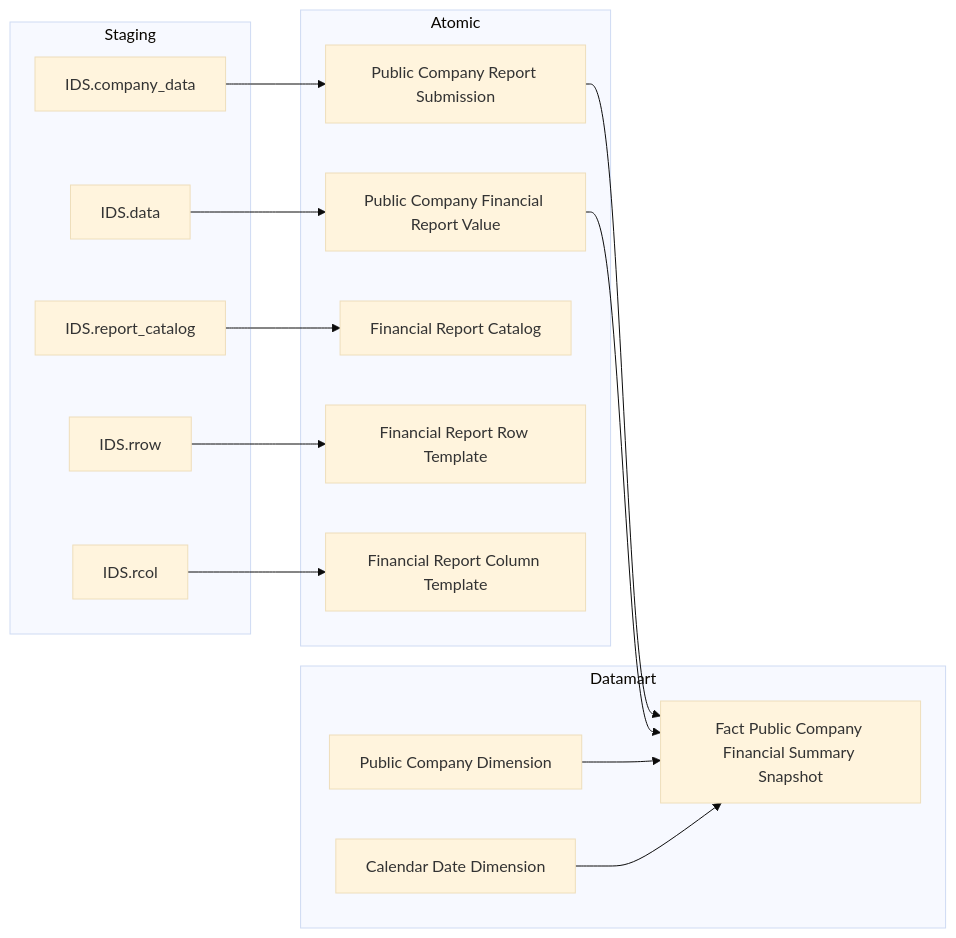
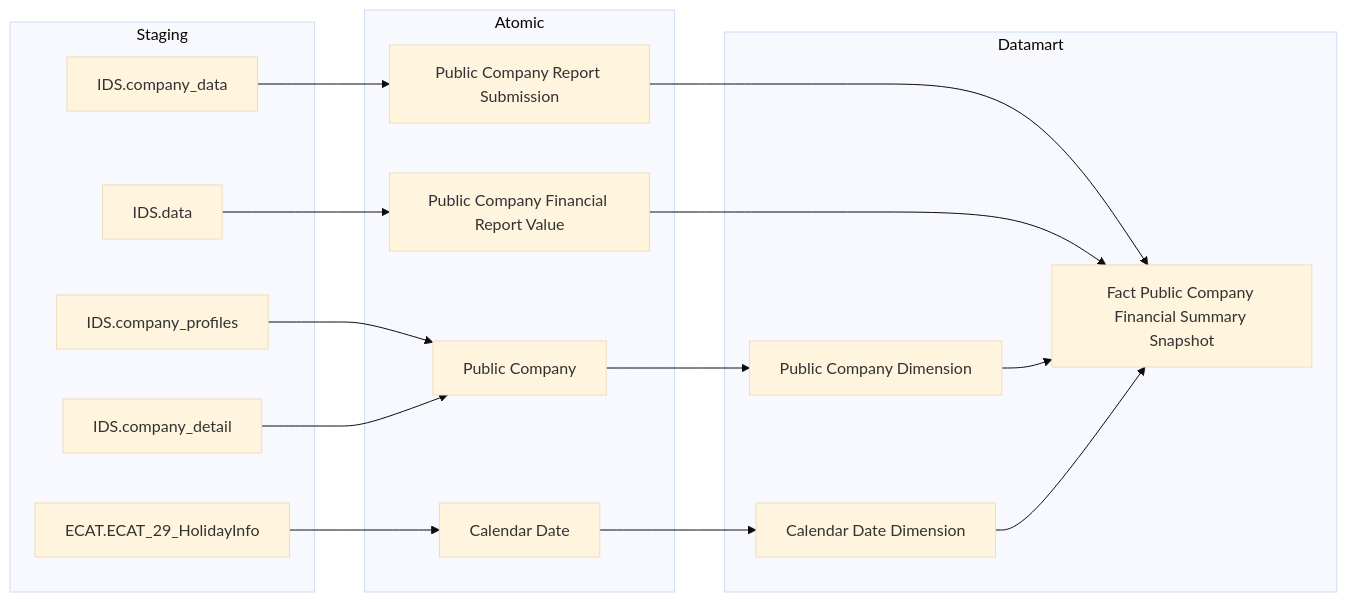
The second of 14 diagrams in Datamart/hld/DTM_GSDC_HLD.md (linhlvit/ubck_atomic_design), drawn with Mermaid (base theme) before and after one commit. The commit also changed other lines of this file and 12 other files, not shown here.

````diff
--- a/Datamart/hld/DTM_GSDC_HLD.md
+++ b/Datamart/hld/DTM_GSDC_HLD.md
@@ -43,31 +43,32 @@
 ```mermaid
 flowchart LR
     subgraph SRC["Staging"]
-        S3[IDS.company_data]
-        S4[IDS.data]
-        S5[IDS.report_catalog]
-        S6[IDS.rrow]
-        S7[IDS.rcol]
+        IDS_company_profiles["IDS.company_profiles"]
+        IDS_company_detail["IDS.company_detail"]
+        IDS_company_data["IDS.company_data"]
+        IDS_data["IDS.data"]
+        ECAT_ECAT_29_HolidayInfo["ECAT.ECAT_29_HolidayInfo"]
     end
     subgraph SIL["Atomic"]
-        A2[Public Company Report Submission]
-        A3[Public Company Financial Report Value]
-        A4[Financial Report Catalog]
-        A5[Financial Report Row Template]
-        A6[Financial Report Column Template]
+        Public_Company["Public Company"]
+        Public_Company_Report_Submission["Public Company Report Submission"]
+        Public_Company_Financial_Report_Value["Public Company Financial Report Value"]
+        Calendar_Date["Calendar Date"]
     end
     subgraph GOLD["Datamart"]
-        D2[Fact Public Company Financial Summary Snapshot]
-        D1[Public Company Dimension]
-        D8[Calendar Date Dimension]
+        fct_pblc_co_fnc_sumry_snpst["Fact Public Company Financial Summary Snapshot"]
+        pblc_co_dim["Public Company Dimension"]
+        cdr_dt_dim["Calendar Date Dimension"]
     end
-    S3 --> A2
-    S4 --> A3
-    S5 --> A4
-    S6 --> A5
-    S7 --> A6
-    A2 --> D2
-    A3 --> D2
-    D1 --> D2
-    D8 --> D2
+    IDS_company_profiles --> Public_Company
+    IDS_company_detail --> Public_Company
+    IDS_company_data --> Public_Company_Report_Submission
+    IDS_data --> Public_Company_Financial_Report_Value
+    ECAT_ECAT_29_HolidayInfo --> Calendar_Date
+    Public_Company --> pblc_co_dim
+    Public_Company_Report_Submission --> fct_pblc_co_fnc_sumry_snpst
+    Public_Company_Financial_Report_Value --> fct_pblc_co_fnc_sumry_snpst
+    Calendar_Date --> cdr_dt_dim
+    pblc_co_dim --> fct_pblc_co_fnc_sumry_snpst
+    cdr_dt_dim --> fct_pblc_co_fnc_sumry_snpst
 ```
````
